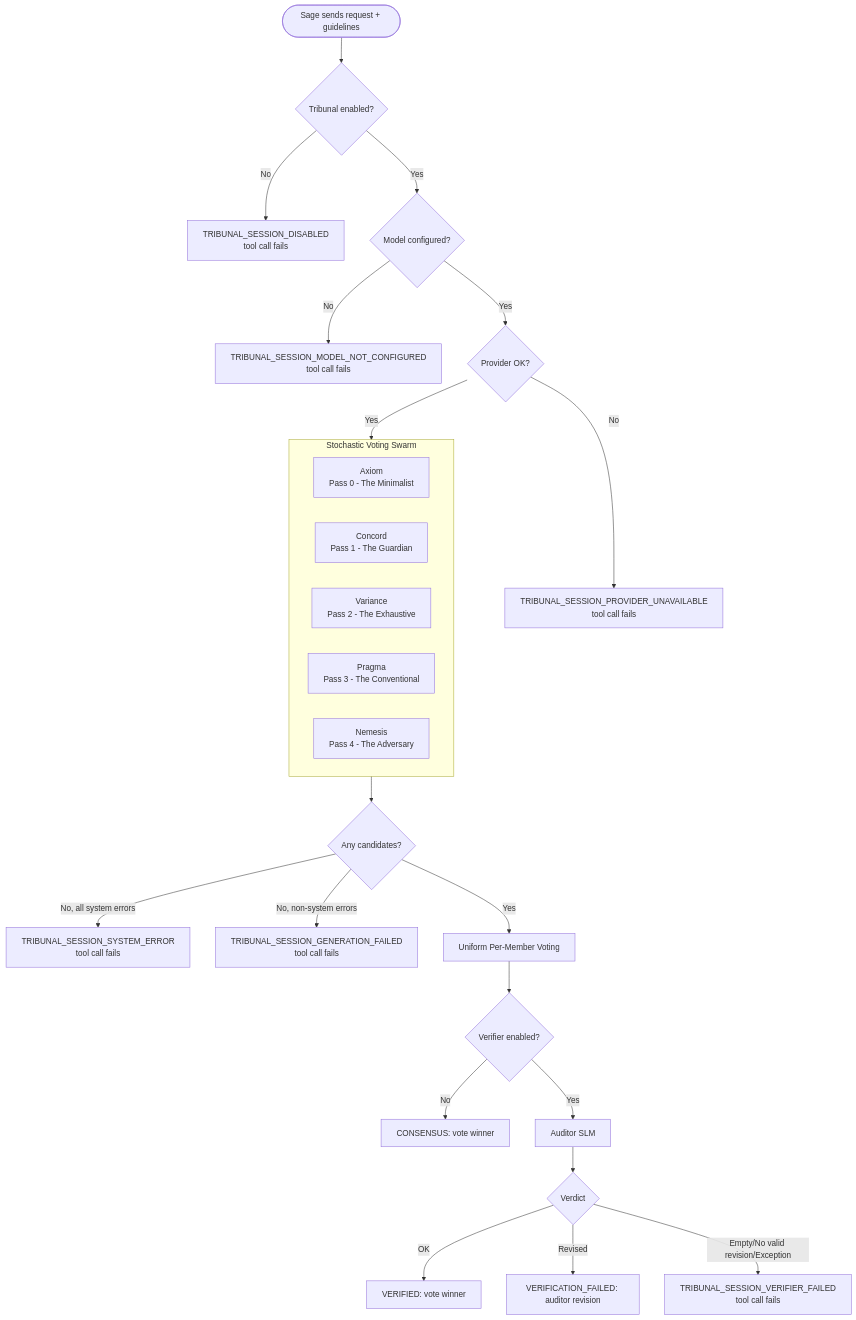
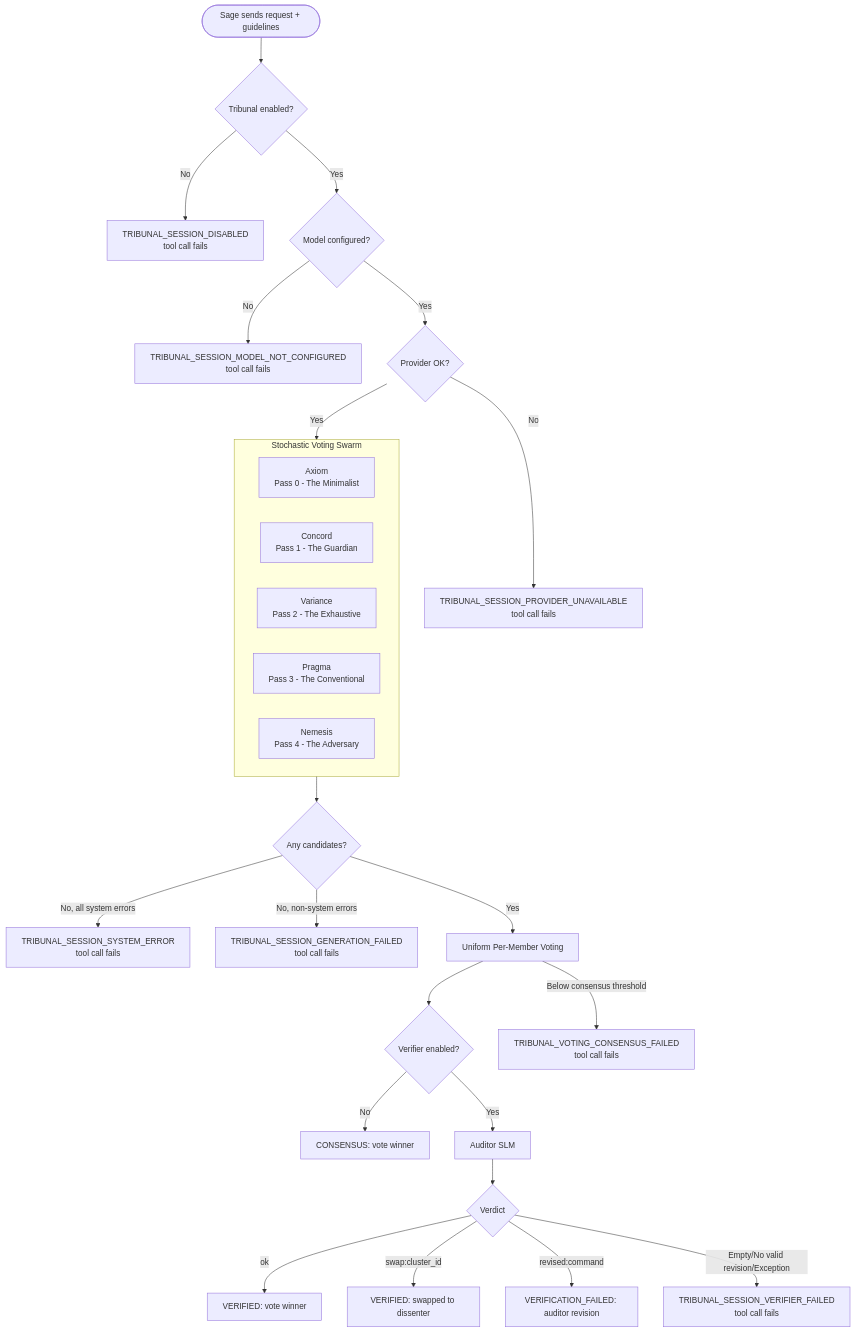
Before and after one commit to g8e-ai/g8e: the third of 3 diagrams in docs/architecture/ai_agents.md, drawn with Mermaid. The commit also changed other lines of this file and 250 other files, not shown here.

````diff
--- a/docs/architecture/ai_agents.md
+++ b/docs/architecture/ai_agents.md
@@ -698,36 +706,38 @@
 ```mermaid
 flowchart TD
     In([Sage sends request + guidelines]) --> Enabled{Tribunal enabled?}
 
     Enabled -- No --> Disabled[TRIBUNAL_SESSION_DISABLED<br/>tool call fails]
     Enabled -- Yes --> Model{Model configured?}
 
     Model -- No --> NoModel[TRIBUNAL_SESSION_MODEL_NOT_CONFIGURED<br/>tool call fails]
     Model -- Yes --> Provider{Provider OK?}
 
     Provider -- No --> NoProvider[TRIBUNAL_SESSION_PROVIDER_UNAVAILABLE<br/>tool call fails]
     Provider -- Yes --> Gen[Parallel Generation Phase]
 
     subgraph Gen [Stochastic Voting Swarm]
         direction LR
         P1[Axiom<br/>Pass 0 - The Minimalist]
         P2[Concord<br/>Pass 1 - The Guardian]
         P3[Variance<br/>Pass 2 - The Exhaustive]
         P4[Pragma<br/>Pass 3 - The Conventional]
         P5[Nemesis<br/>Pass 4 - The Adversary]
     end
 
     Gen --> Candidates{Any candidates?}
     Candidates -- No, all system errors --> SysErr[TRIBUNAL_SESSION_SYSTEM_ERROR<br/>tool call fails]
     Candidates -- No, non-system errors --> GenFail[TRIBUNAL_SESSION_GENERATION_FAILED<br/>tool call fails]
     Candidates -- Yes --> Vote[Uniform Per-Member Voting]
 
     Vote --> VerifierEnabled{Verifier enabled?}
     VerifierEnabled -- No --> OutVote[CONSENSUS: vote winner]
     VerifierEnabled -- Yes --> Verify[Auditor SLM]
 
+    Vote -- Below consensus threshold --> ConsFail[TRIBUNAL_VOTING_CONSENSUS_FAILED<br/>tool call fails]
     Verify --> Review{Verdict}
-    Review -- OK --> OutVerified[VERIFIED: vote winner]
-    Review -- Revised --> OutRev[VERIFICATION_FAILED: auditor revision]
+    Review -- ok --> OutVerified[VERIFIED: vote winner]
+    Review -- swap:cluster_id --> OutSwap[VERIFIED: swapped to dissenter]
+    Review -- revised:command --> OutRev[VERIFICATION_FAILED: auditor revision]
     Review -- Empty/No valid revision/Exception --> VerFail[TRIBUNAL_SESSION_VERIFIER_FAILED<br/>tool call fails]
 ```
````
